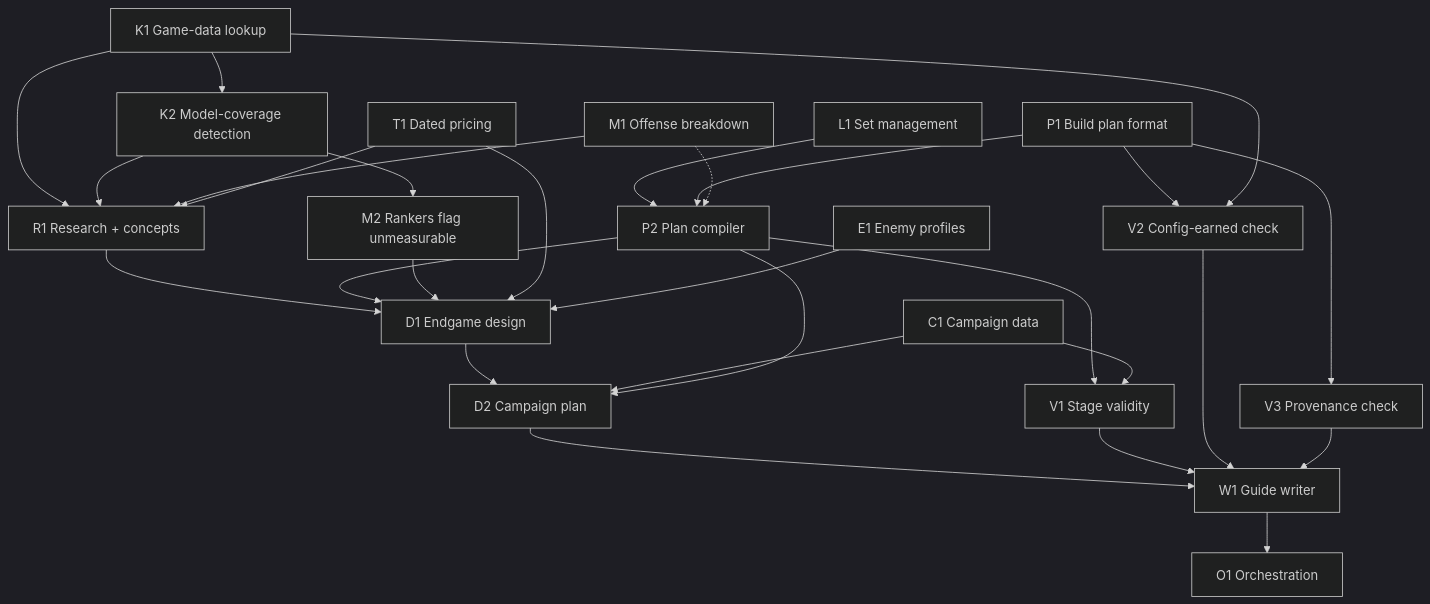
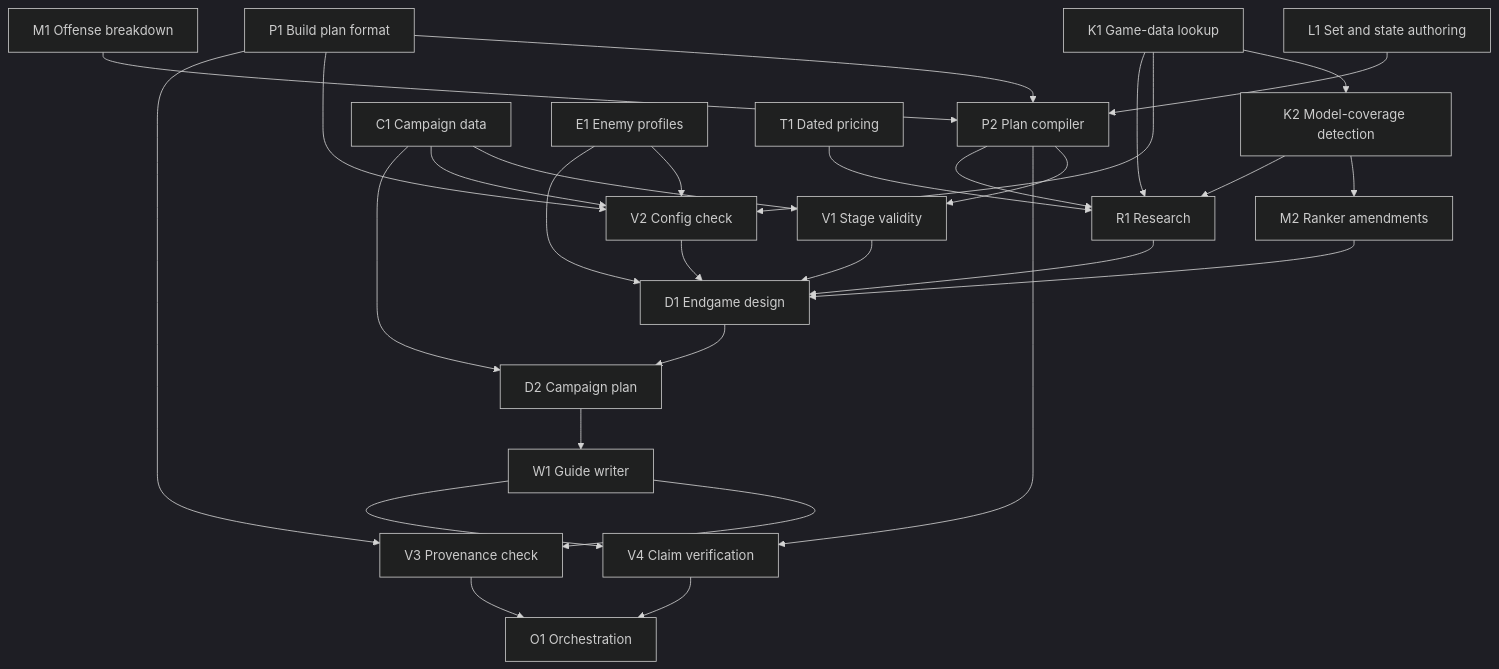
The diagram in docs/design/2026-10-07-build-guide-workflow.md (parkerault/pob2-mcp), drawn with Mermaid (dark theme) before and after one commit. The commit also changed other lines of this file and 1 other file, not shown here.

````diff
--- a/docs/design/2026-10-07-build-guide-workflow.md
+++ b/docs/design/2026-10-07-build-guide-workflow.md
@@ -168,30 +204,32 @@
 ```mermaid
 flowchart TD
   K1[K1 Game-data lookup] --> K2[K2 Model-coverage detection]
-  K2 --> M2[M2 Rankers flag unmeasurable]
-  L1[L1 Set management] --> P2[P2 Plan compiler]
+  K2 --> M2[M2 Ranker amendments]
+  L1[L1 Set and state authoring] --> P2[P2 Plan compiler]
   P1[P1 Build plan format] --> P2
-  M1[M1 Offense breakdown] -.-> P2
+  M1[M1 Offense breakdown] --> P2
   P2 --> V1[V1 Stage validity]
   C1[C1 Campaign data] --> V1
-  P1 --> V2[V2 Config-earned check]
+  P1 --> V2[V2 Config check]
   K1 --> V2
+  E1[E1 Enemy profiles] --> V2
+  C1 --> V2
   P1 --> V3[V3 Provenance check]
-  K1 --> R1[R1 Research + concepts]
+  P2 --> V4[V4 Claim verification]
+  K1 --> R1[R1 Research]
   K2 --> R1
-  M1 --> R1
+  P2 --> R1
   T1[T1 Dated pricing] --> R1
   R1 --> D1[D1 Endgame design]
-  P2 --> D1
   M2 --> D1
-  T1 --> D1
-  E1[E1 Enemy profiles] --> D1
+  E1 --> D1
+  V1 --> D1
+  V2 --> D1
   D1 --> D2[D2 Campaign plan]
   C1 --> D2
-  P2 --> D2
   D2 --> W1[W1 Guide writer]
-  V1 --> W1
-  V2 --> W1
-  V3 --> W1
-  W1 --> O1[O1 Orchestration]
+  W1 --> V3
+  W1 --> V4
+  V3 --> O1[O1 Orchestration]
+  V4 --> O1
 ```
````
